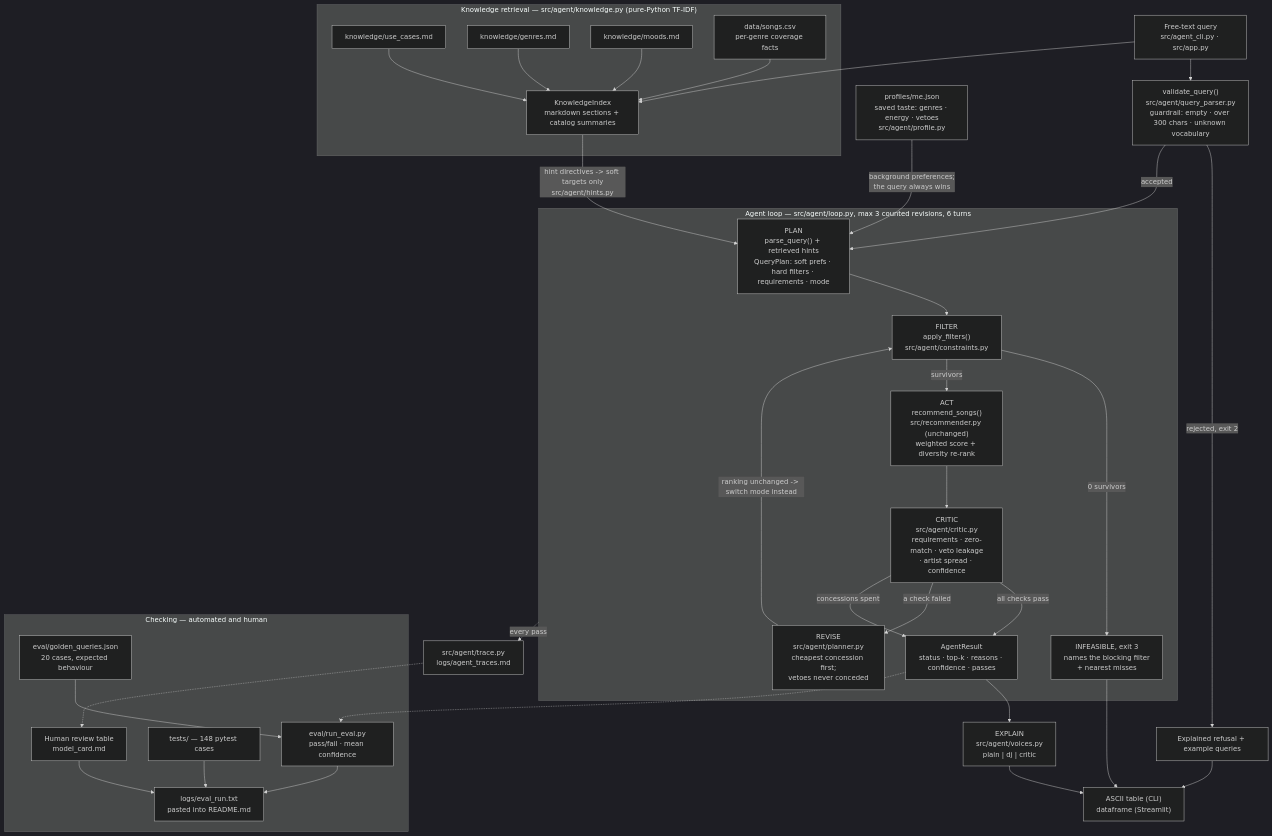
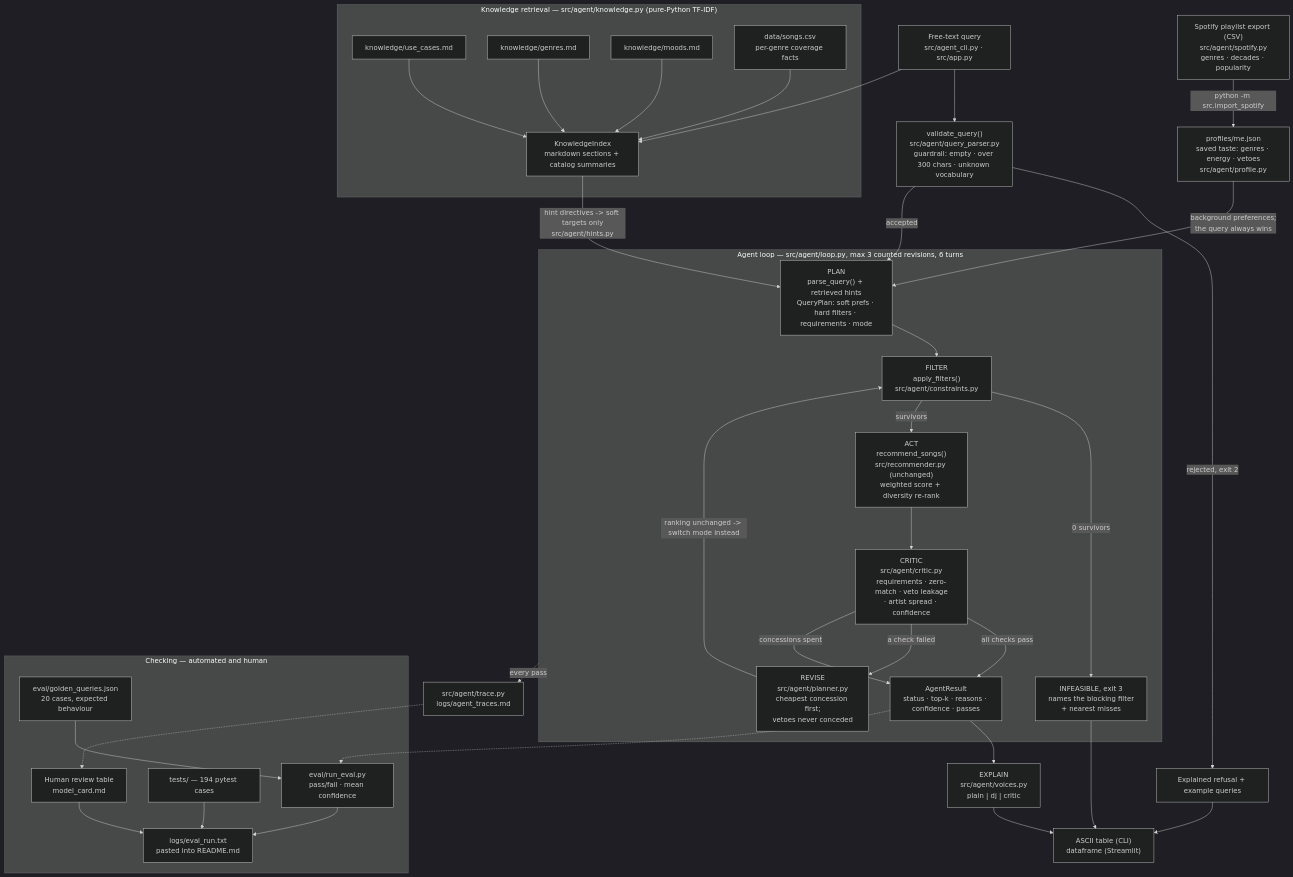
Before and after one commit to SakxamShrestha/applied-ai-system-final: the diagram in diagrams/architecture.mmd, drawn with Mermaid (dark theme). The commit also changed 8 other files, not shown here.

First line of the commit message:
feat: import a taste profile from a Spotify playlist export

```diff
--- a/diagrams/architecture.mmd
+++ b/diagrams/architecture.mmd
@@ -1,45 +1,46 @@
 %% Agentic Music Recommender — system architecture
 %% Mermaid source of record. Render with https://mermaid.live or any Mermaid viewer.
 %% Every node maps to a real module; file paths are given in the node labels.
 flowchart TD
     Q["Free-text query<br/>src/agent_cli.py · src/app.py"] --> V["validate_query()<br/>src/agent/query_parser.py<br/>guardrail: empty · over 300 chars · unknown vocabulary"]
     V -->|rejected, exit 2| ERR["Explained refusal + example queries"]
     V -->|accepted| P
 
     subgraph AGENT["Agent loop — src/agent/loop.py, max 3 counted revisions, 6 turns"]
         P["PLAN<br/>parse_query() + retrieved hints<br/>QueryPlan: soft prefs · hard filters · requirements · mode"]
         P --> F["FILTER<br/>apply_filters()<br/>src/agent/constraints.py"]
         F -->|"0 survivors"| INF["INFEASIBLE, exit 3<br/>names the blocking filter<br/>+ nearest misses"]
         F -->|"survivors"| A["ACT<br/>recommend_songs()<br/>src/recommender.py (unchanged)<br/>weighted score + diversity re-rank"]
         A --> C["CRITIC<br/>src/agent/critic.py<br/>requirements · zero-match · veto leakage<br/>· artist spread · confidence"]
         C -->|"all checks pass"| OUT
         C -->|"a check failed"| R["REVISE<br/>src/agent/planner.py<br/>cheapest concession first;<br/>vetoes never conceded"]
         R -->|"ranking unchanged -> switch mode instead"| F
         C -->|"concessions spent"| OUT
     end
 
     subgraph RAG["Knowledge retrieval — src/agent/knowledge.py (pure-Python TF-IDF)"]
         K1["knowledge/use_cases.md"] --> IDX["KnowledgeIndex<br/>markdown sections + catalog summaries"]
         K2["knowledge/genres.md"] --> IDX
         K3["knowledge/moods.md"] --> IDX
         K4["data/songs.csv<br/>per-genre coverage facts"] --> IDX
     end
     Q --> IDX
     IDX -->|"hint directives -> soft targets only<br/>src/agent/hints.py"| P
+    SPOT["Spotify playlist export (CSV)<br/>src/agent/spotify.py<br/>genres · decades · popularity"] -->|"python -m src.import_spotify"| PROF
     PROF["profiles/me.json<br/>saved taste: genres · energy · vetoes<br/>src/agent/profile.py"] -->|"background preferences;<br/>the query always wins"| P
 
     OUT["AgentResult<br/>status · top-k · reasons · confidence · passes"] --> VOICE["EXPLAIN<br/>src/agent/voices.py<br/>plain | dj | critic"]
     VOICE --> UI["ASCII table (CLI)<br/>dataframe (Streamlit)"]
     INF --> UI
     ERR --> UI
 
     AGENT -.->|"every pass"| TR["src/agent/trace.py<br/>logs/agent_traces.md"]
 
     subgraph EVAL["Checking — automated and human"]
         GS["eval/golden_queries.json<br/>20 cases, expected behaviour"] --> H["eval/run_eval.py<br/>pass/fail · mean confidence"]
         H --> REP["logs/eval_run.txt<br/>pasted into README.md"]
-        TESTS["tests/ — 148 pytest cases"] --> REP
+        TESTS["tests/ — 194 pytest cases"] --> REP
         HUM["Human review table<br/>model_card.md"] --> REP
     end
     OUT -.-> H
     TR -.-> HUM
```
